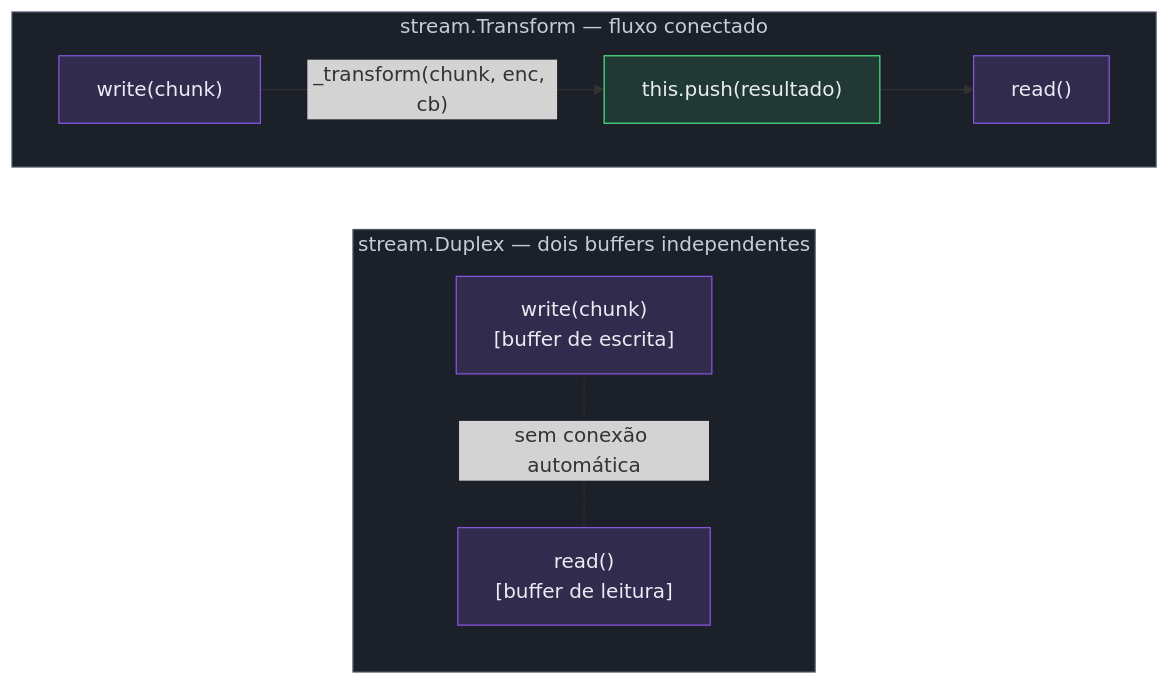
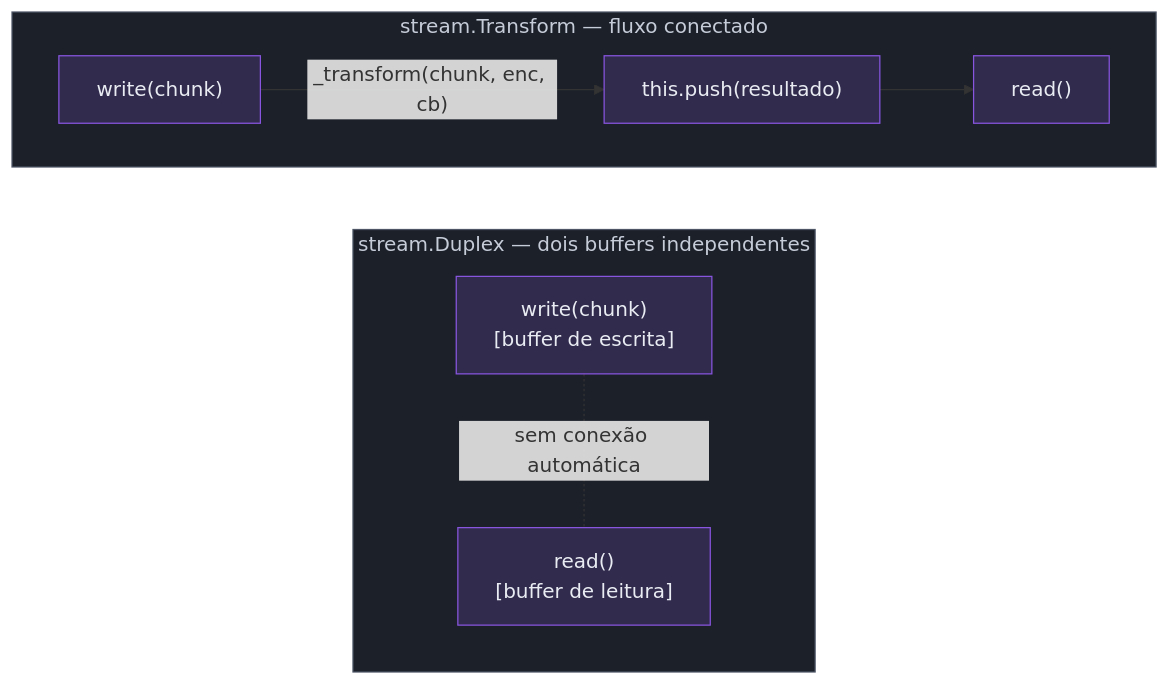
One commit to josenaldo/codex-technomanticus changed the diagram in 03-Dominios/Tecnologia/Node/Streams/05 - Duplex e Transform.md. Above: the diagram before and after it, drawn with Mermaid. The commit also changed 601 other files, not shown here.

````diff
--- a/03-Dominios/Tecnologia/Node/Streams/05 - Duplex e Transform.md
+++ b/03-Dominios/Tecnologia/Node/Streams/05 - Duplex e Transform.md
@@ -64,25 +64,24 @@
 ```mermaid
 flowchart LR
     classDef neutro fill:#1B2029,stroke:#4E5666,color:#C6CCD8
     classDef marca fill:#8855DF33,stroke:#8855DF,color:#E9ECF2
-    classDef ok fill:#4ADE8021,stroke:#4ADE80,color:#E9ECF2
     subgraph DUPLEX ["stream.Duplex — dois buffers independentes"]
         direction TB
         WA["write(chunk)\n[buffer de escrita]"]
         RA["read()\n[buffer de leitura]"]
         WA -. "sem conexão automática" .- RA
     end
 
     subgraph TRANSFORM ["stream.Transform — fluxo conectado"]
         direction LR
         WB["write(chunk)"] -->|"_transform(chunk, enc, cb)"| TR["this.push(resultado)"] --> RB["read()"]
     end
 
     class DUPLEX neutro
     class TRANSFORM neutro
     class WA marca
     class RA marca
     class WB marca
-    class TR ok
+    class TR marca
     class RB marca
 ```
````
